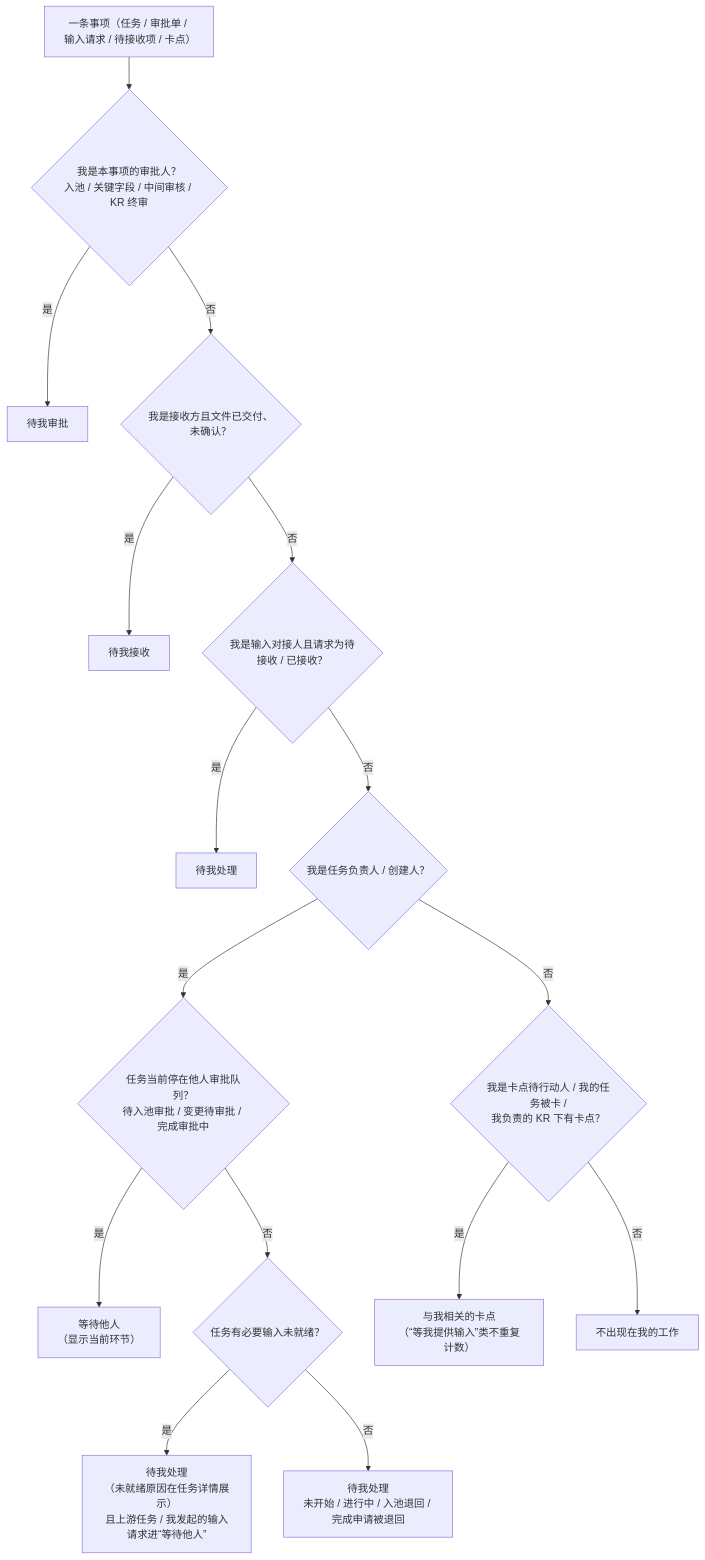
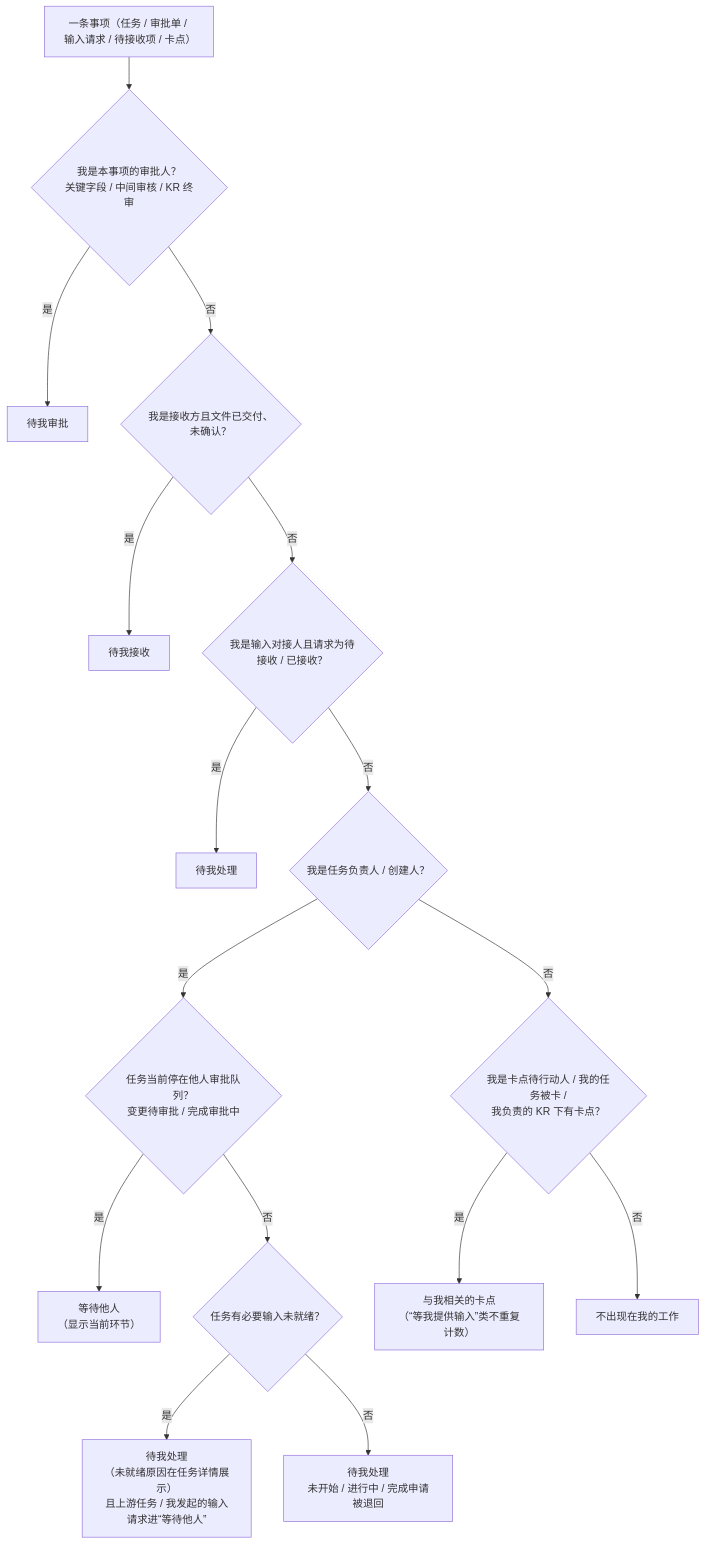
One commit to mohiria/synergy_mangement changed the diagram in docs/我的工作模块_详细PRD_V1.1.md. Above: the diagram before and after it, drawn with Mermaid. The commit also changed other lines of this file and 78 other files, not shown here.

````diff
--- a/docs/我的工作模块_详细PRD_V1.1.md
+++ b/docs/我的工作模块_详细PRD_V1.1.md
@@ -160,18 +167,18 @@
 ```mermaid
 flowchart TD
-    X["一条事项（任务 / 审批单 / 输入请求 / 待接收项 / 卡点）"] --> Q1{"我是本事项的审批人？<br/>入池 / 关键字段 / 中间审核 / KR 终审"}
+    X["一条事项（任务 / 审批单 / 输入请求 / 待接收项 / 卡点）"] --> Q1{"我是本事项的审批人？<br/>关键字段 / 中间审核 / KR 终审"}
     Q1 -- "是" --> G2["待我审批"]
     Q1 -- "否" --> Q2{"我是接收方且文件已交付、未确认？"}
     Q2 -- "是" --> G3["待我接收"]
     Q2 -- "否" --> Q3{"我是输入对接人且请求为待接收 / 已接收？"}
     Q3 -- "是" --> G1["待我处理"]
     Q3 -- "否" --> Q4{"我是任务负责人 / 创建人？"}
-    Q4 -- "是" --> Q5{"任务当前停在他人审批队列？<br/>待入池审批 / 变更待审批 / 完成审批中"}
+    Q4 -- "是" --> Q5{"任务当前停在他人审批队列？<br/>变更待审批 / 完成审批中"}
     Q5 -- "是" --> G4["等待他人<br/>（显示当前环节）"]
     Q5 -- "否" --> Q6{"任务有必要输入未就绪？"}
     Q6 -- "是" --> G1b["待我处理<br/>（未就绪原因在任务详情展示）<br/>且上游任务 / 我发起的输入请求进“等待他人”"]
-    Q6 -- "否" --> G1c["待我处理<br/>未开始 / 进行中 / 入池退回 / 完成申请被退回"]
+    Q6 -- "否" --> G1c["待我处理<br/>未开始 / 进行中 / 完成申请被退回"]
     Q4 -- "否" --> Q7{"我是卡点待行动人 / 我的任务被卡 /<br/>我负责的 KR 下有卡点？"}
     Q7 -- "是" --> G5["与我相关的卡点<br/>（“等我提供输入”类不重复计数）"]
     Q7 -- "否" --> NONE["不出现在我的工作"]
 ```
````
